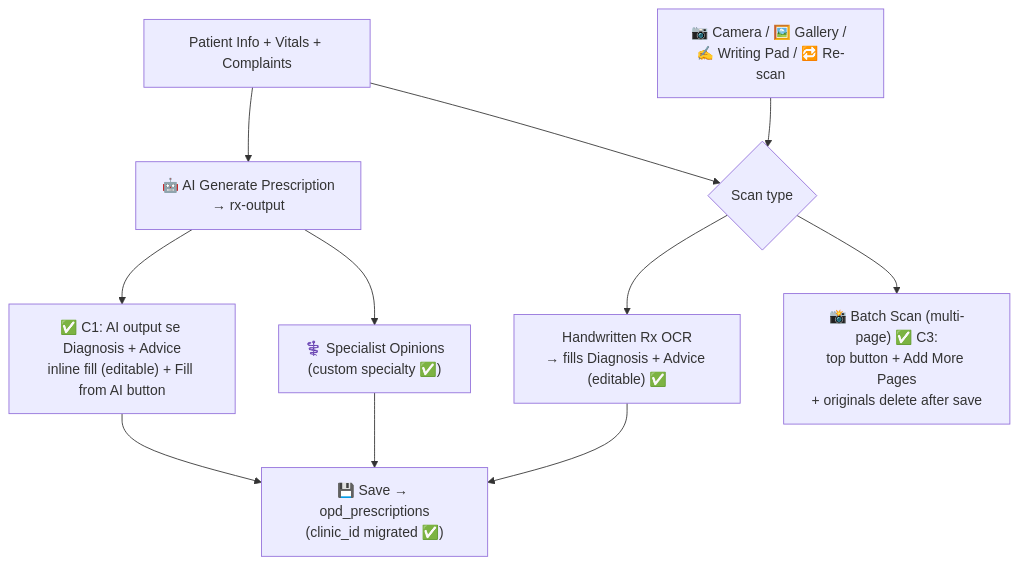
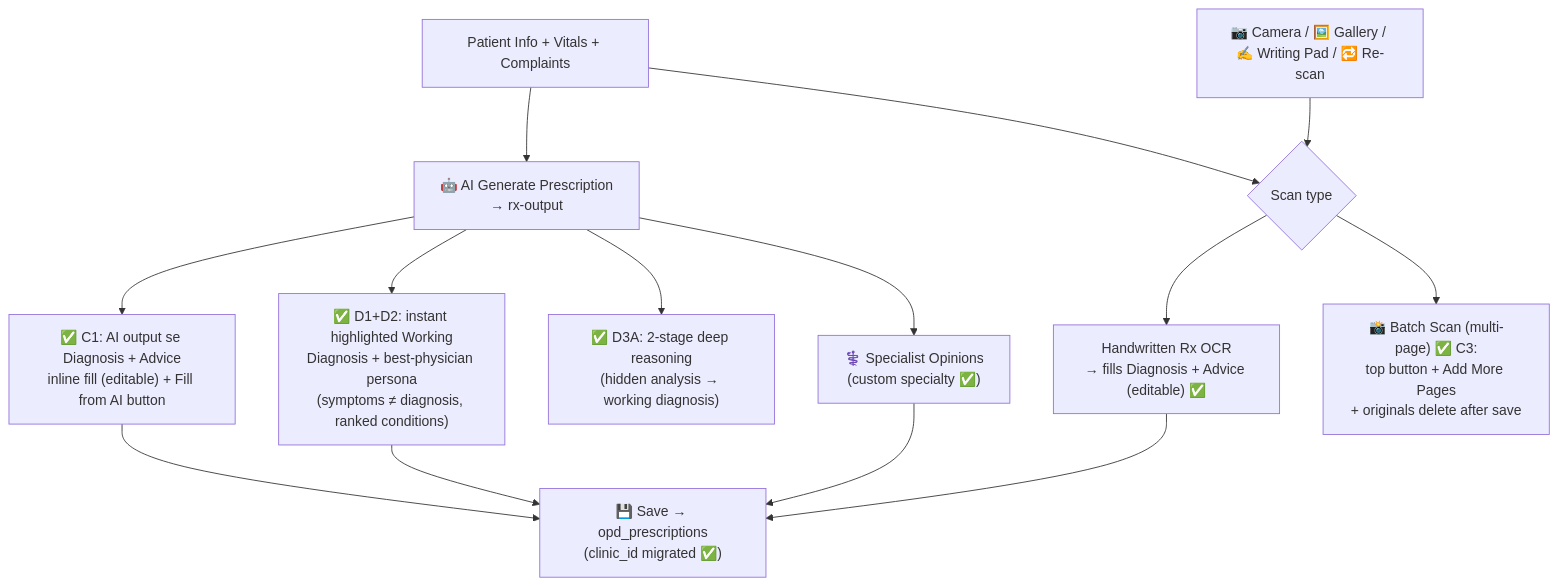
One commit to gurjeetsinghgill8-web/gil-clinic changed the third of 5 diagrams in ghos_memory/GRAPH_MEMORY.md. Above: the diagram before and after it, drawn with Mermaid. The commit also changed other lines of this file, not shown here.

Commit message:
docs: GRAPH_MEMORY v3 - D1/D2/D3A shipped

````diff
--- a/ghos_memory/GRAPH_MEMORY.md
+++ b/ghos_memory/GRAPH_MEMORY.md
@@ -56,22 +56,27 @@
 ```mermaid
 flowchart TB
     IN["Patient Info + Vitals + Complaints"]
     SCAN["📷 Camera / 🖼️ Gallery / ✍️ Writing Pad / 🔁 Re-scan"]
     HWR{"Scan type"}
     HWRX["Handwritten Rx OCR<br/>→ fills Diagnosis + Advice (editable) ✅"]
     HBATCH["📸 Batch Scan (multi-page) ✅ C3:<br/>top button + Add More Pages<br/>+ originals delete after save"]
     GEN["🤖 AI Generate Prescription<br/>→ rx-output"]
     C1["✅ C1: AI output se Diagnosis + Advice<br/>inline fill (editable) + Fill from AI button"]
+    D12["✅ D1+D2: instant highlighted Working<br/>Diagnosis + best-physician persona<br/>(symptoms ≠ diagnosis, ranked conditions)"]
+    D3A["✅ D3A: 2-stage deep reasoning<br/>(hidden analysis → working diagnosis)"]
     UPGR["⚕️ Specialist Opinions<br/>(custom specialty ✅)"]
     SAVE["💾 Save → opd_prescriptions<br/>(clinic_id migrated ✅)"]
     IN --> GEN
     IN --> HWR
     SCAN --> HWR
     HWR --> HWRX
     HWR --> HBATCH
     GEN --> C1
+    GEN --> D12
+    GEN --> D3A
     GEN --> UPGR
     HWRX --> SAVE
     C1 --> SAVE
+    D12 --> SAVE
     UPGR --> SAVE
 ```
````
